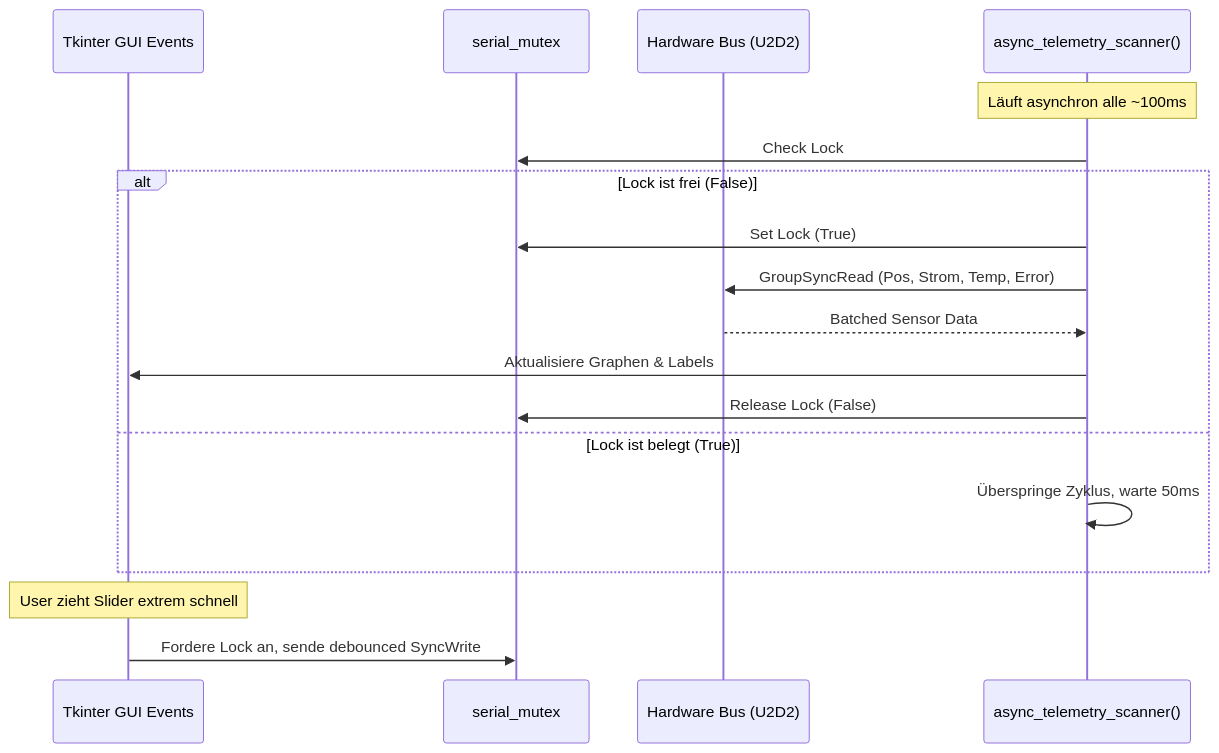
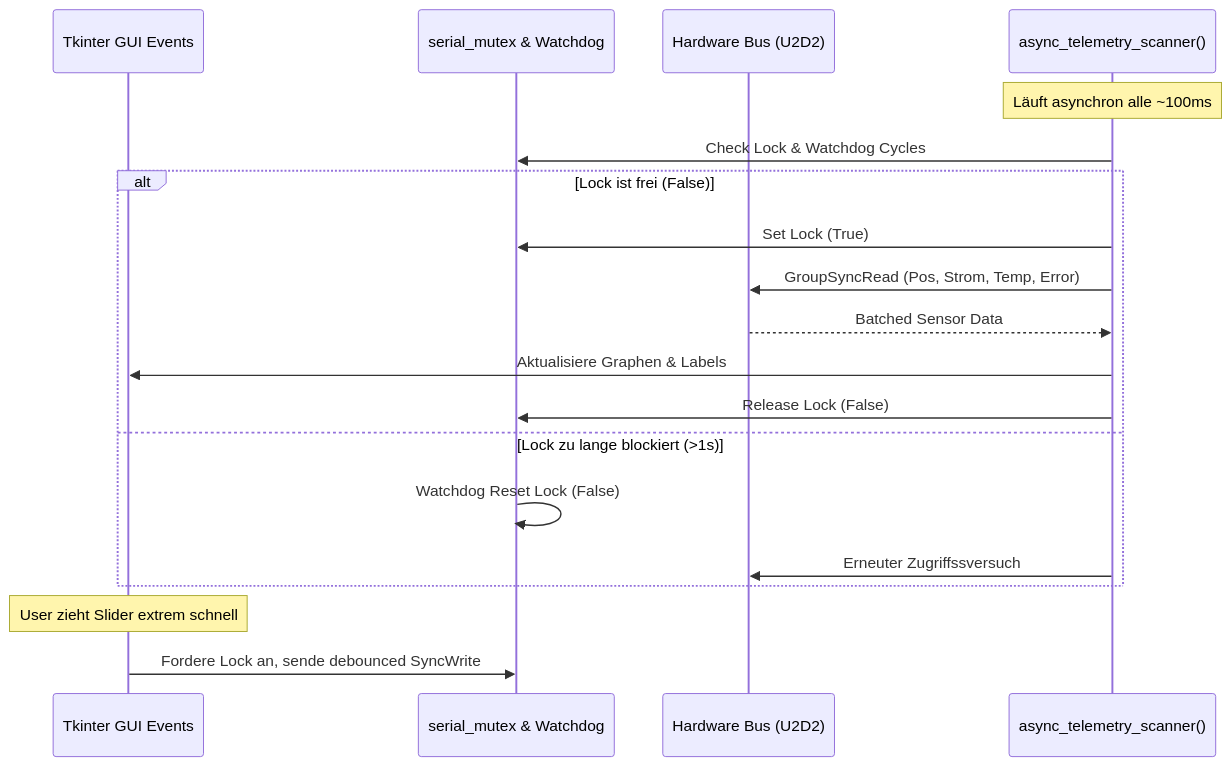
Before and after one commit to NoNameTechnology/RobotHand: the second of 2 diagrams in README.md, drawn with Mermaid. The commit also changed other lines of this file and 1 other file, not shown here.

Commit message:
docs: update documentation to reflect new mutex watchdog, live pose current limits, and expanded feature set

````diff
--- a/README.md
+++ b/README.md
@@ -103,23 +110,24 @@
 ```mermaid
 sequenceDiagram
     participant UI as Tkinter GUI Events
-    participant Mutex as serial_mutex
+    participant Mutex as serial_mutex & Watchdog
     participant HW as Hardware Bus (U2D2)
     participant Telemetry as async_telemetry_scanner()
     
     Note over Telemetry: Läuft asynchron alle ~100ms
     
-    Telemetry->>Mutex: Check Lock
+    Telemetry->>Mutex: Check Lock & Watchdog Cycles
     alt Lock ist frei (False)
         Telemetry->>Mutex: Set Lock (True)
         Telemetry->>HW: GroupSyncRead (Pos, Strom, Temp, Error)
         HW-->>Telemetry: Batched Sensor Data
         Telemetry->>UI: Aktualisiere Graphen & Labels
         Telemetry->>Mutex: Release Lock (False)
-    else Lock ist belegt (True)
-        Telemetry->>Telemetry: Überspringe Zyklus, warte 50ms
+    else Lock zu lange blockiert (>1s)
+        Mutex->>Mutex: Watchdog Reset Lock (False)
+        Telemetry->>HW: Erneuter Zugriffssversuch
     end
     
     Note over UI: User zieht Slider extrem schnell
     UI->>Mutex: Fordere Lock an, sende debounced SyncWrite
 ```
````
